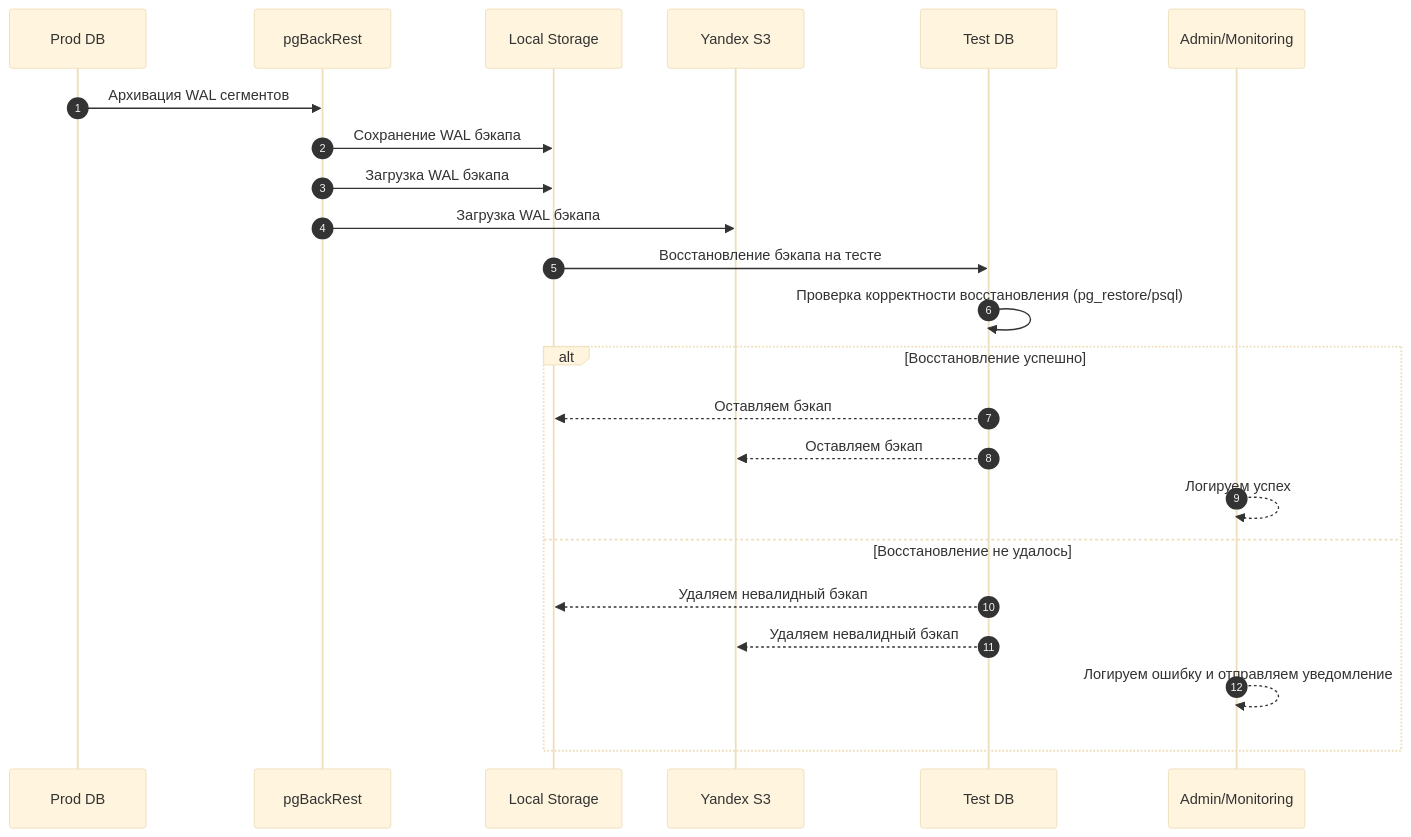
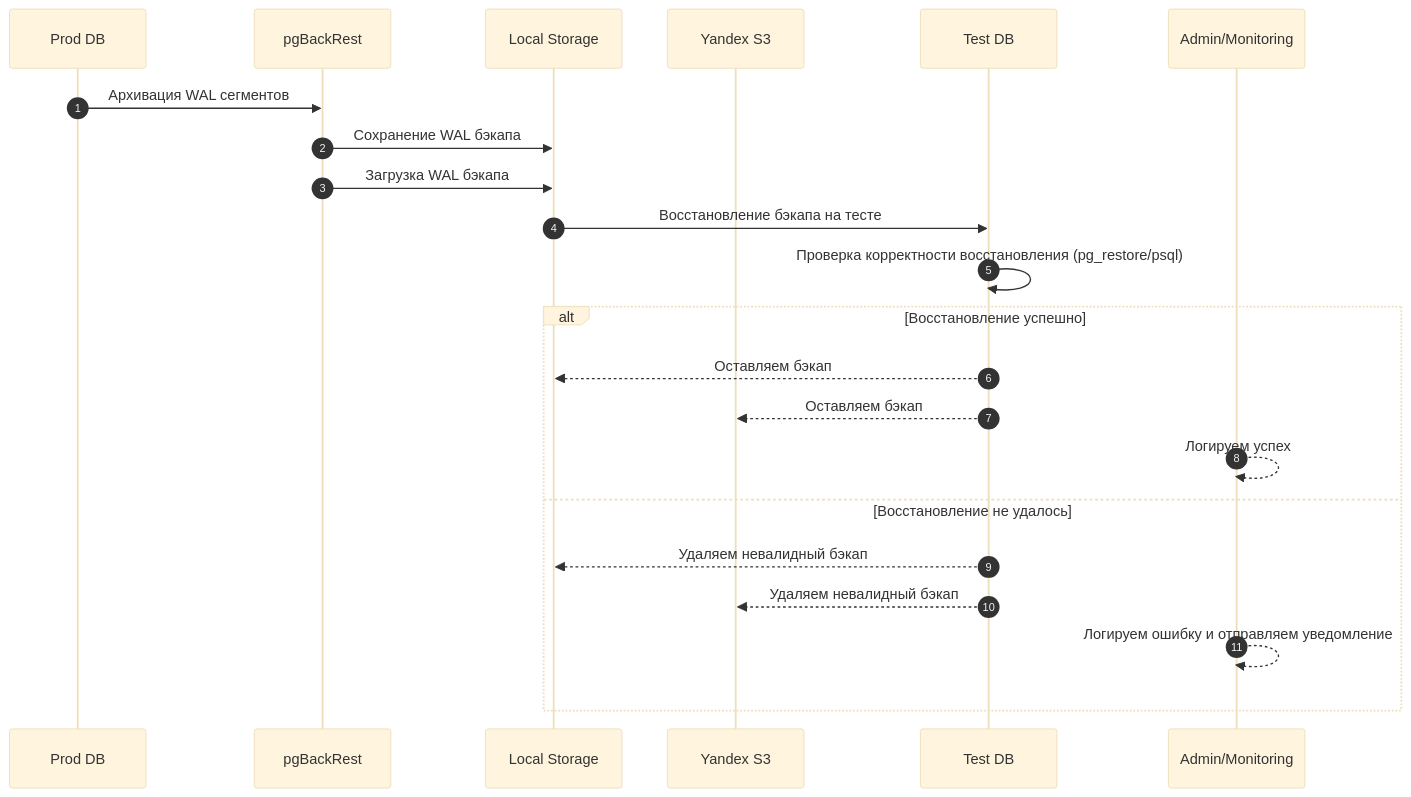
Before and after one commit to G4CHIM4STER/ObsidianVault: the first of 3 diagrams in CoreNotes/План РК для продуктивной БД.md, drawn with Mermaid (base theme).

Commit message:
vault backup: 2025-09-18 08:08:19

````diff
--- a/CoreNotes/План РК для продуктивной БД.md
+++ b/CoreNotes/План РК для продуктивной БД.md
@@ -53,28 +53,27 @@
 ```mermaid
 sequenceDiagram
     autonumber
     participant ProdDB as Prod DB
     participant pgBackRest as pgBackRest
     participant Local as Local Storage
     participant S3 as Yandex S3
     participant TestDB as Test DB
     participant Admin as Admin/Monitoring
 
     ProdDB->>pgBackRest: Архивация WAL сегментов
     pgBackRest->>Local: Сохранение WAL бэкапа
     pgBackRest->>Local: Загрузка WAL бэкапа
-	pgBackRest->>S3: Загрузка WAL бэкапа
     Local->>TestDB: Восстановление бэкапа на тесте
     TestDB->>TestDB: Проверка корректности восстановления (pg_restore/psql)
     alt Восстановление успешно
         TestDB-->>Local: Оставляем бэкап
         TestDB-->>S3: Оставляем бэкап
         Admin-->>Admin: Логируем успех
     else Восстановление не удалось
         TestDB-->>Local: Удаляем невалидный бэкап
         TestDB-->>S3: Удаляем невалидный бэкап
         Admin-->>Admin: Логируем ошибку и отправляем уведомление
     end
 
 
 ```
````
